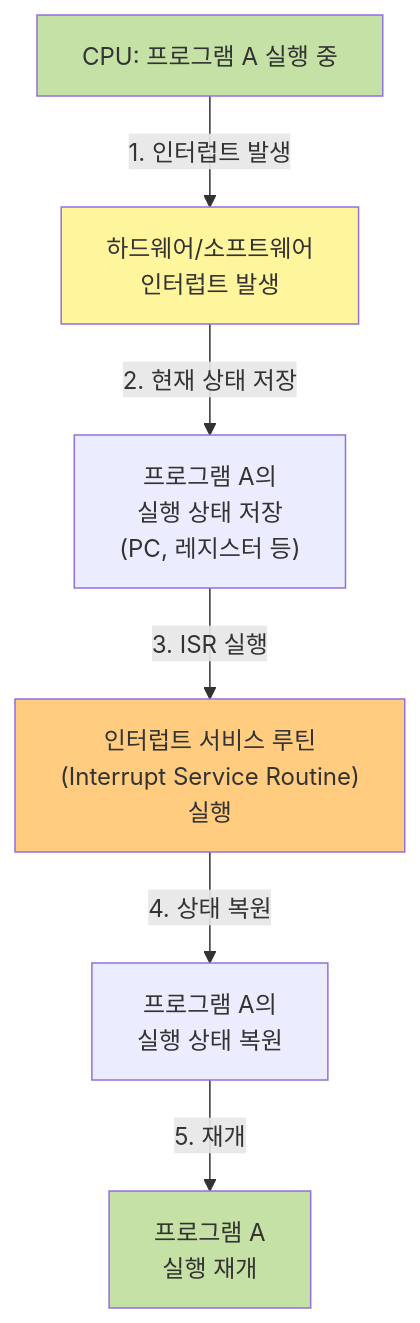
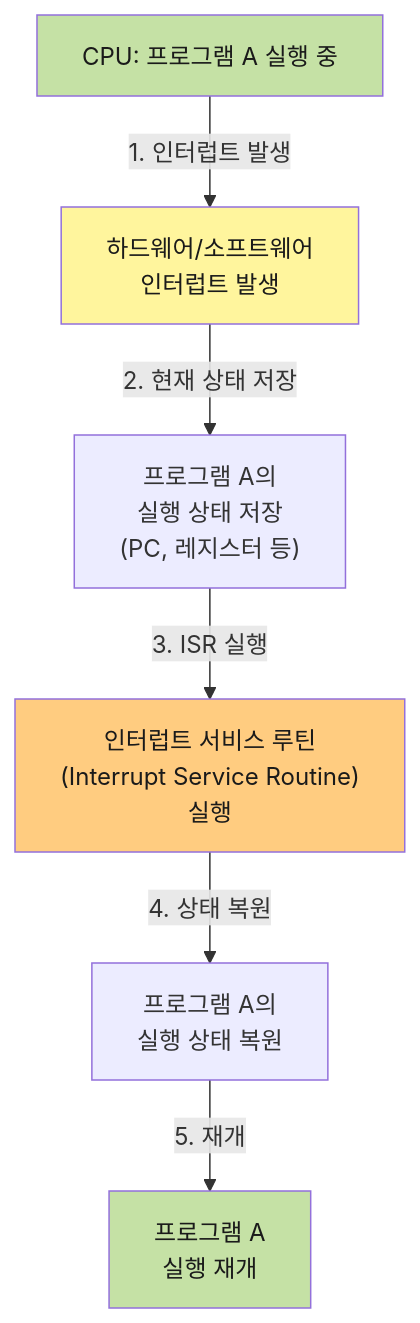
The eighth of 22 diagrams in apps/devblog/content/posts/operating-system.mdx (Cllaude99/cllaude99_labs), drawn with Mermaid before and after one commit. The commit also changed other lines of this file, not shown here.

First line of the commit message:
fix: 다크 모드에서 머메이드 다이어그램의 텍스트 색상 추가

````diff
--- a/apps/devblog/content/posts/operating-system.mdx
+++ b/apps/devblog/content/posts/operating-system.mdx
@@ -384,13 +384,13 @@
 ```mermaid
 graph TB
     Start["CPU: 프로그램 A 실행 중"] -->|1. 인터럽트 발생| Interrupt["하드웨어/소프트웨어<br/>인터럽트 발생"]
     Interrupt -->|2. 현재 상태 저장| Save["프로그램 A의<br/>실행 상태 저장<br/>(PC, 레지스터 등)"]
     Save -->|3. ISR 실행| ISR["인터럽트 서비스 루틴<br/>(Interrupt Service Routine)<br/>실행"]
     ISR -->|4. 상태 복원| Restore["프로그램 A의<br/>실행 상태 복원"]
     Restore -->|5. 재개| Continue["프로그램 A<br/>실행 재개"]
 
-    style Start fill:#c5e1a5
-    style Interrupt fill:#fff59d
-    style ISR fill:#ffcc80
-    style Continue fill:#c5e1a5
+    style Start fill:#c5e1a5,color:#1a1a1a
+    style Interrupt fill:#fff59d,color:#1a1a1a
+    style ISR fill:#ffcc80,color:#1a1a1a
+    style Continue fill:#c5e1a5,color:#1a1a1a
 ```
````
